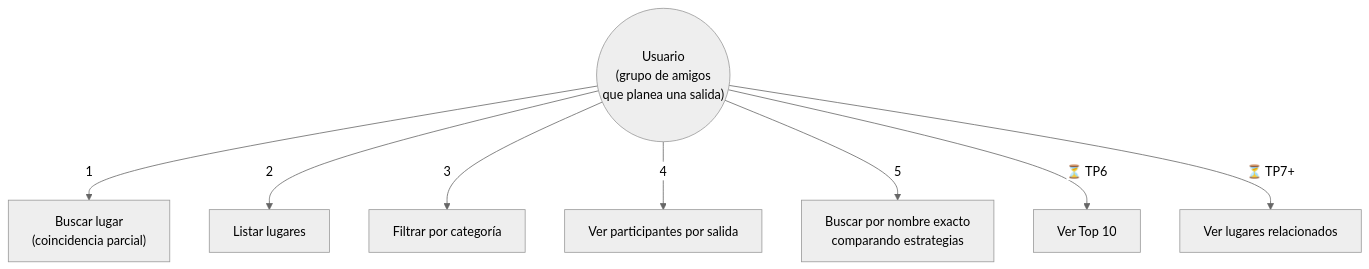
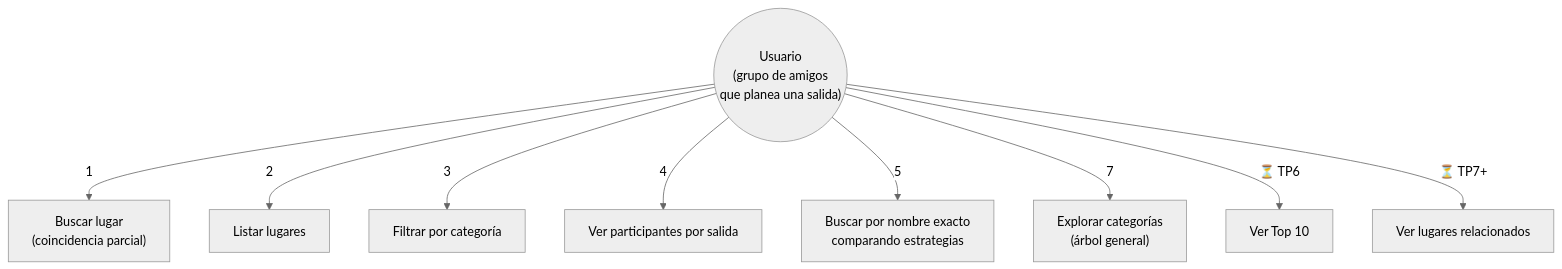
One commit to BrunoSam/TP-Integrador-DondeVamos changed the diagram in docs/02-casos-de-uso.md. Above: the diagram before and after it, drawn with Mermaid (neutral theme). The commit also changed other lines of this file and 7 other files, not shown here.

Commit message:
TP5: documenta el arbol general y actualiza los diagramas

````diff
--- a/docs/02-casos-de-uso.md
+++ b/docs/02-casos-de-uso.md
@@ -8,11 +8,12 @@
 ```mermaid
 graph TD
     U(("Usuario<br/>(grupo de amigos<br/>que planea una salida)"))
     U -->|"1"| CU1["Buscar lugar<br/>(coincidencia parcial)"]
     U -->|"2"| CU2["Listar lugares"]
     U -->|"3"| CU3["Filtrar por categoría"]
     U -->|"4"| CU4["Ver participantes por salida"]
     U -->|"5"| CU5["Buscar por nombre exacto<br/>comparando estrategias"]
+    U -->|"7"| CU8["Explorar categorías<br/>(árbol general)"]
     U -->|"⏳ TP6"| CU6["Ver Top 10"]
     U -->|"⏳ TP7+"| CU7["Ver lugares relacionados"]
 ```
````
